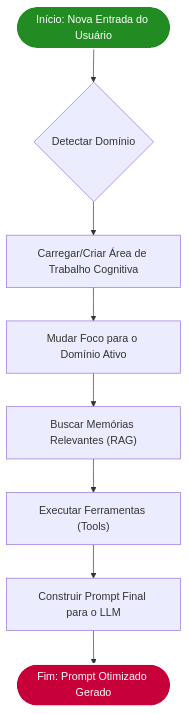
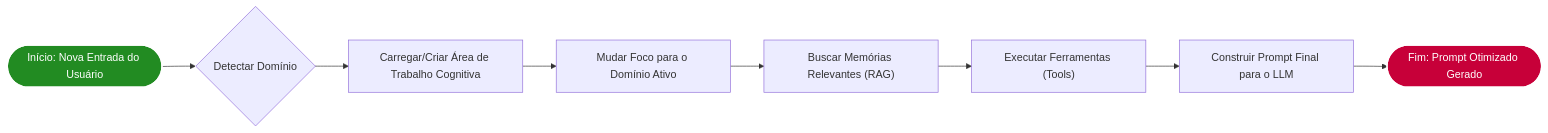
One commit to coagentis/eca-lib changed the third of 3 diagrams in ARCHITECTURE.md. Above: the diagram before and after it, drawn with Mermaid. The commit also changed other lines of this file, not shown here.

Commit message:
feat: indice navegacao

````diff
--- a/ARCHITECTURE.md
+++ b/ARCHITECTURE.md
@@ -199,13 +199,13 @@
 ```mermaid
-flowchart TD
+flowchart LR
     Start([Início: Nova Entrada do Usuário]) --> DetectDomain{Detectar Domínio};
     DetectDomain --> LoadWorkspace[Carregar/Criar Área de Trabalho Cognitiva];
     LoadWorkspace --> SwitchFocus[Mudar Foco para o Domínio Ativo];
     SwitchFocus --> FetchMemory["Buscar Memórias Relevantes (RAG)"];
     FetchMemory --> RunTools["Executar Ferramentas (Tools)"];
     RunTools --> BuildFinalPrompt[Construir Prompt Final para o LLM];
     BuildFinalPrompt --> End([Fim: Prompt Otimizado Gerado]);
 
     style Start fill:#228B22,stroke:#fff,stroke-width:2px,color:#fff
     style End fill:#C70039,stroke:#fff,stroke-width:2px,color:#fff
 ```
````
